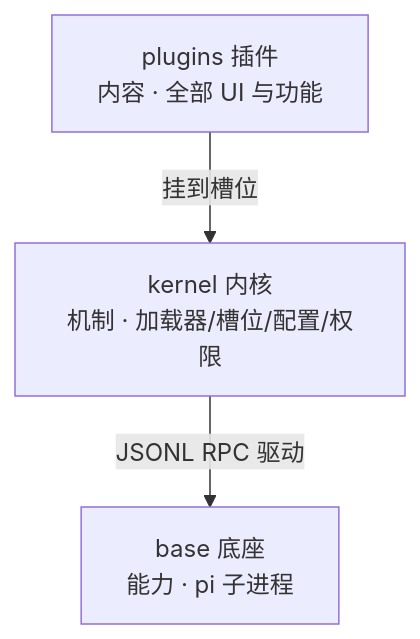
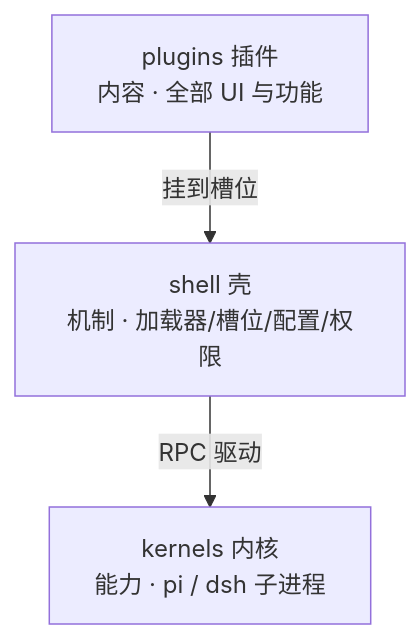
Before and after one commit to GOODDAYDAY/my-harness-desktop: the first of 5 diagrams in README_zh.md, drawn with Mermaid. The commit also changed other lines of this file and 1 other file, not shown here.

First line of the commit message:
docs(readme): 全篇改为多内核口径(pi/dsh 同级)

````diff
--- a/README_zh.md
+++ b/README_zh.md
@@ -122,5 +127,5 @@
 ```mermaid
 flowchart TB
-    P[plugins 插件<br/>内容 · 全部 UI 与功能] -->|挂到槽位| K
-    K[kernel 内核<br/>机制 · 加载器/槽位/配置/权限] -->|JSONL RPC 驱动| B[base 底座<br/>能力 · pi 子进程]
+    P[plugins 插件<br/>内容 · 全部 UI 与功能] -->|挂到槽位| S
+    S[shell 壳<br/>机制 · 加载器/槽位/配置/权限] -->|RPC 驱动| K[kernels 内核<br/>能力 · pi / dsh 子进程]
 ```
````
